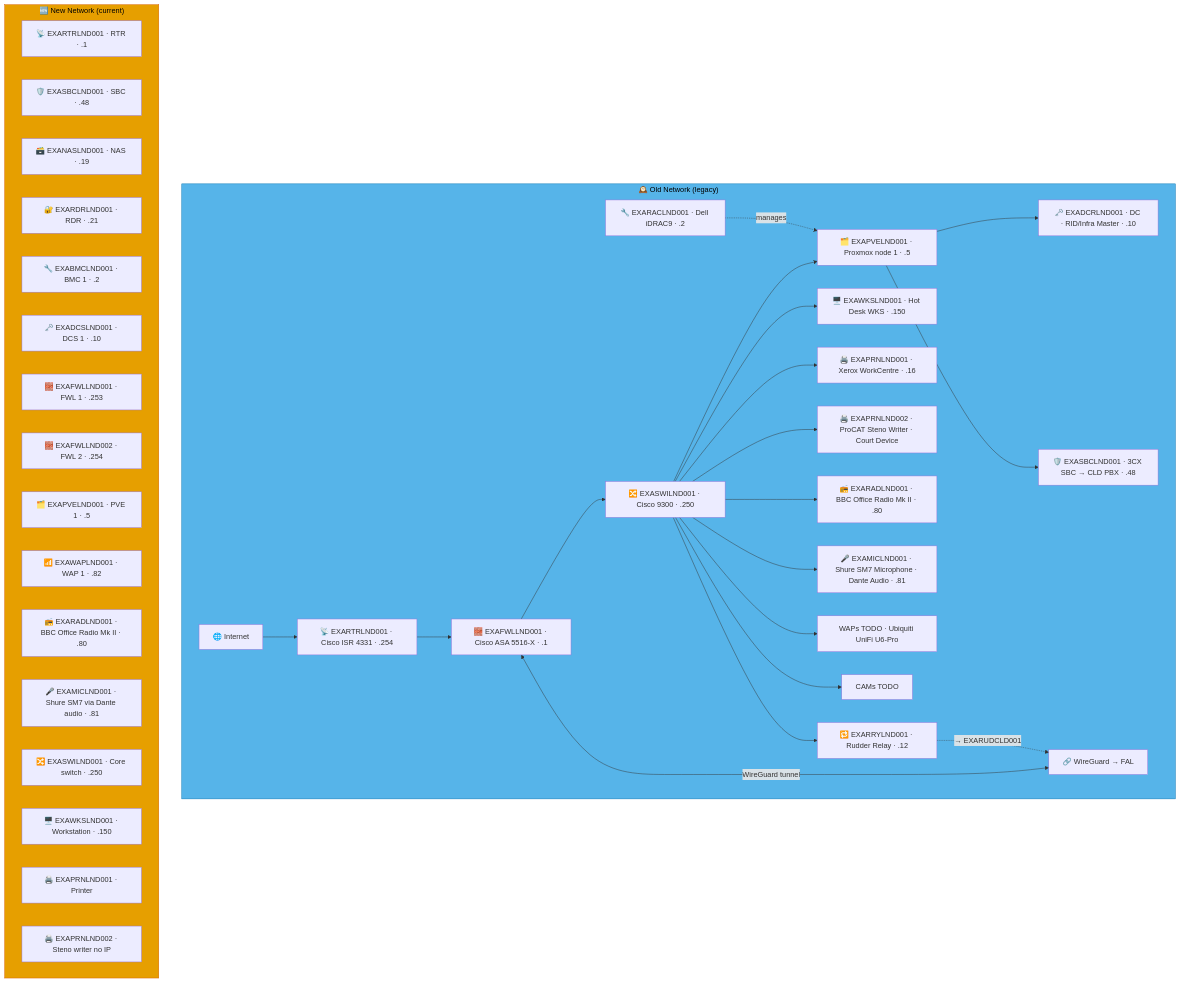
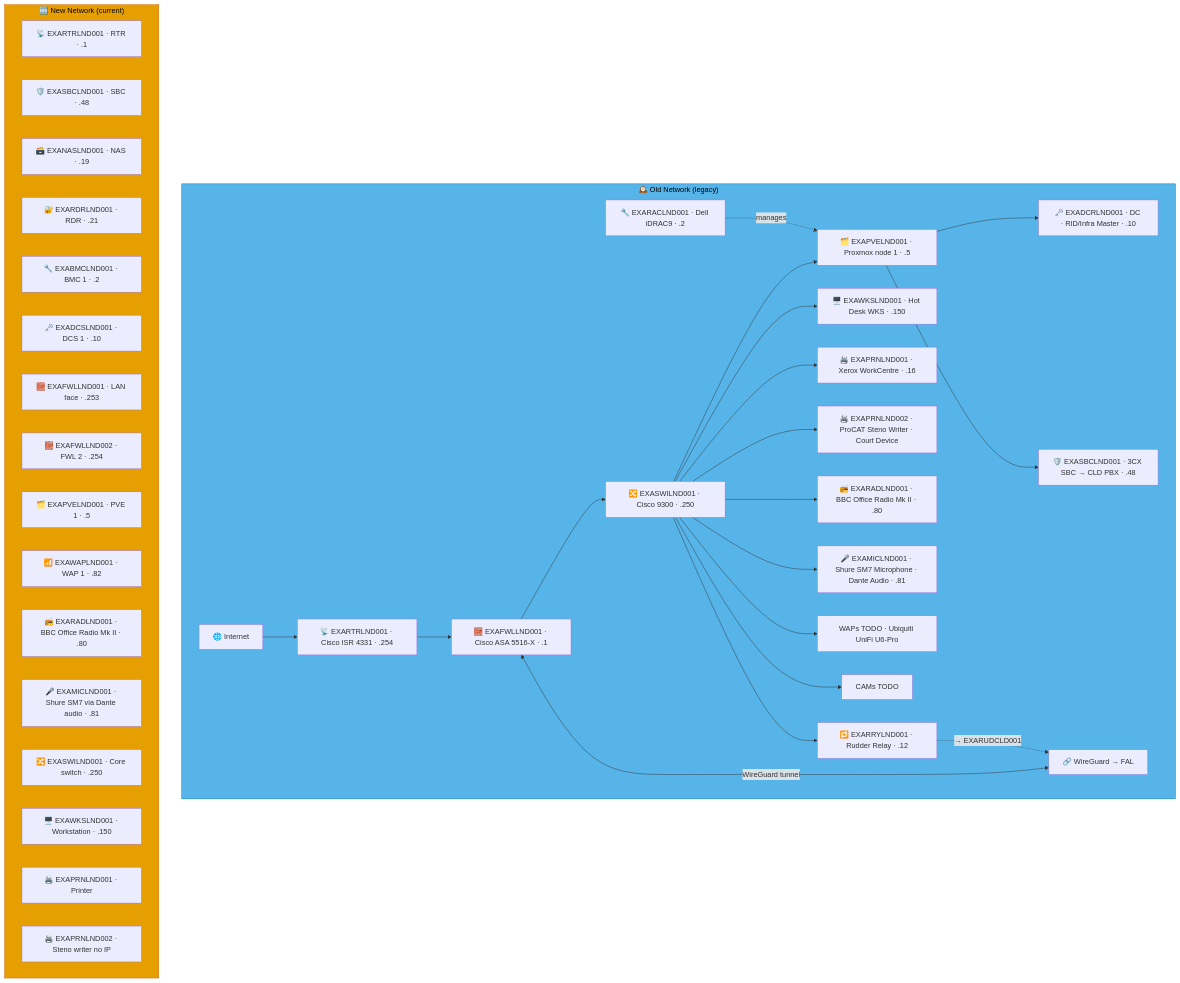
Before and after one commit to knightmare2600/example_music_infra: the first of 9 diagrams in docs/network-diagram/england.md, drawn with Mermaid. The commit also changed other lines of this file and 17 other files, not shown here.

````diff
--- a/docs/network-diagram/england.md
+++ b/docs/network-diagram/england.md
@@ -16,53 +16,53 @@
 ```mermaid
 graph TD
     subgraph OLD_LND ["🕰️ Old Network (legacy)"]
       INET["🌐 Internet"]
       FWL["🧱 EXAFWLLND001 · Cisco ASA 5516-X · .1"]
       SW["🔀 EXASWILND001 · Cisco 9300 · .250"]
       RTR["📡 EXARTRLND001 · Cisco ISR 4331 · .254"]
       RAC["🔧 EXARACLND001 · Dell iDRAC9 · .2"]
       PVE["🗂️ EXAPVELND001 · Proxmox node 1 · .5"]
       DC["🗝️ EXADCRLND001 · DC · RID/Infra Master · .10"]
       SBC["🛡️ EXASBCLND001 · 3CX SBC → CLD PBX · .48"]
       RRY["🔁 EXARRYLND001 · Rudder Relay · .12"]
       WKS["🖥️ EXAWKSLND001 · Hot Desk WKS · .150"]
       PRN1["🖨️ EXAPRNLND001 · Xerox WorkCentre · .16"]
       PRN2["🖨️ EXAPRNLND002 · ProCAT Steno Writer · Court Device"]
       RAD["📻 EXARADLND001 · BBC Office Radio Mk II · .80"]
       MIC["🎤 EXAMICLND001 · Shure SM7 Microphone · Dante Audio · .81"]
       WAP["WAPs TODO · Ubiquiti UniFi U6-Pro"]
       CAM["CAMs TODO"]
       VPN["🔗 WireGuard → FAL"]
 
       INET --> RTR --> FWL --> SW
       SW --> PVE --> DC & SBC
       RAC -.->|"manages"| PVE
       SW --> WKS & PRN1 & PRN2 & RAD & MIC & WAP & CAM
       FWL <-->|"WireGuard tunnel"| VPN
 
       SW --> RRY
       RRY -. "→ EXARUDCLD001" .-> VPN
     end
     style OLD_LND fill:#56B4E9,stroke:#0072B2,color:#000000
     %% GENERATED:NEW-NETWORK:LND:START
     subgraph NEW_LND ["🆕 New Network (current)"]
       N_RTR["📡 EXARTRLND001 · RTR · .1"]
       N_SBC["🛡️ EXASBCLND001 · SBC · .48"]
       N_NAS["🗃️ EXANASLND001 · NAS · .19"]
       N_RDR["🔐 EXARDRLND001 · RDR · .21"]
       N_BMC["🔧 EXABMCLND001 · BMC 1 · .2"]
       N_DCS["🗝️ EXADCSLND001 · DCS 1 · .10"]
-      N_FWL["🧱 EXAFWLLND001 · FWL 1 · .253"]
+      N_FWL["🧱 EXAFWLLND001 · LAN face · .253"]
       N_FWL2["🧱 EXAFWLLND002 · FWL 2 · .254"]
       N_PVE["🗂️ EXAPVELND001 · PVE 1 · .5"]
       N_WAP["📶 EXAWAPLND001 · WAP 1 · .82"]
       N_RAD["📻 EXARADLND001 · BBC Office Radio Mk II · .80"]
       N_MIC["🎤 EXAMICLND001 · Shure SM7 via Dante audio · .81"]
       N_SWI["🔀 EXASWILND001 · Core switch · .250"]
       N_WKS["🖥️ EXAWKSLND001 · Workstation · .150"]
       N_PRN["🖨️ EXAPRNLND001 · Printer"]
       N_PRN2["🖨️ EXAPRNLND002 · Steno writer no IP"]
     end
     style NEW_LND fill:#E69F00,stroke:#D55E00,color:#000000
     %% GENERATED:NEW-NETWORK:LND:END
 ```
````
